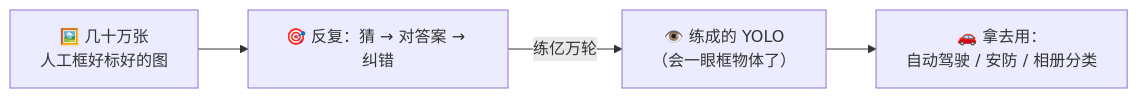
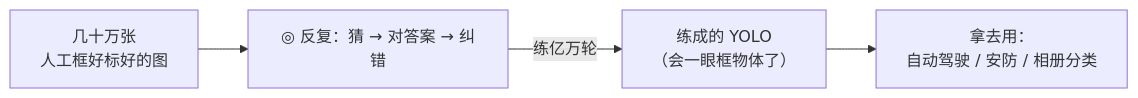
One commit to luckykhy/KhyAiHub changed the fifth of 7 diagrams in docs/02_CONCEPTS_概念入门/CONCEPT/[CONCEPT-17] 什么是YOLO-实时目标检测.md. Above: the diagram before and after it, drawn with Mermaid. The commit also changed other lines of this file and 19 other files, not shown here.

````diff
--- a/docs/02_CONCEPTS_概念入门/CONCEPT/[CONCEPT-17] 什么是YOLO-实时目标检测.md
+++ b/docs/02_CONCEPTS_概念入门/CONCEPT/[CONCEPT-17] 什么是YOLO-实时目标检测.md
@@ -143,6 +143,6 @@
 ```mermaid
 flowchart LR
-  DATA["🖼️ 几十万张<br/>人工框好标好的图"] --> TRAIN["🎯 反复：猜 → 对答案 → 纠错"]
-  TRAIN -->|"练亿万轮"| MODEL["👁️ 练成的 YOLO<br/>（会一眼框物体了）"]
-  MODEL --> USE["🚗 拿去用：<br/>自动驾驶 / 安防 / 相册分类"]
+  DATA["几十万张<br/>人工框好标好的图"] --> TRAIN["◎ 反复：猜 → 对答案 → 纠错"]
+  TRAIN -->|"练亿万轮"| MODEL["练成的 YOLO<br/>（会一眼框物体了）"]
+  MODEL --> USE["拿去用：<br/>自动驾驶 / 安防 / 相册分类"]
 ```
````
